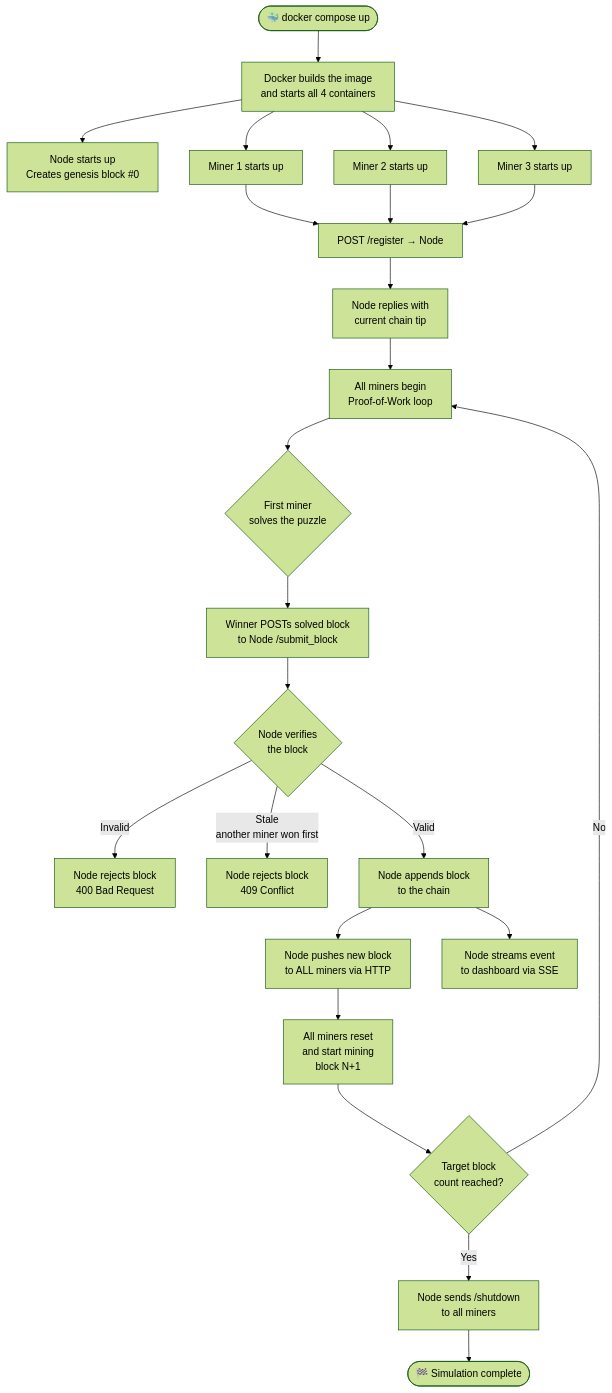
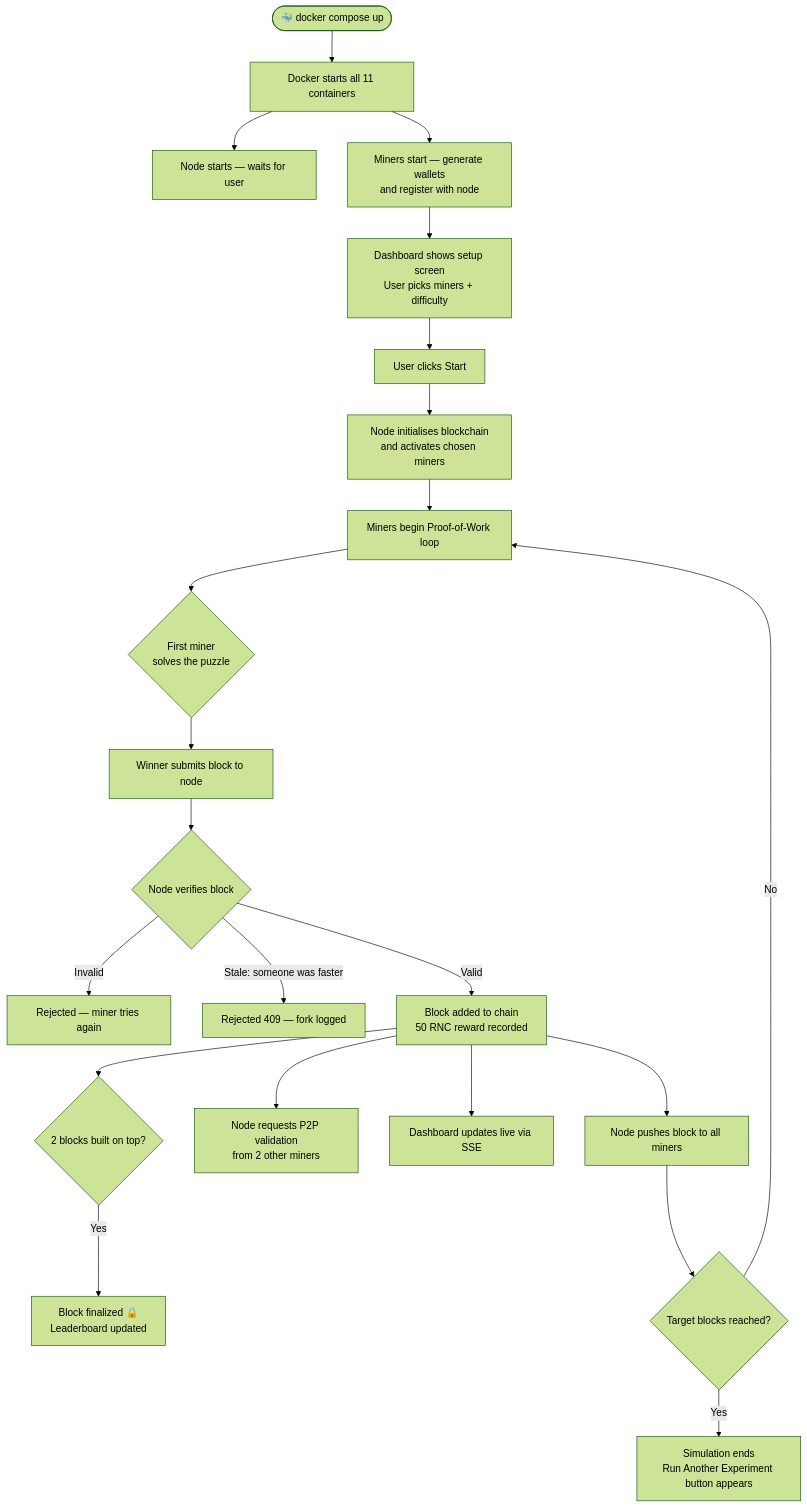
Before and after one commit to rennvalo/cryptosimulation: the first of 3 diagrams in README.md, drawn with Mermaid (forest theme). The commit also changed other lines of this file and 9 other files, not shown here.

Commit message:
Add RennCoin features: wallets, transactions, mempool, forks, finality, P2P validation, leaderboard, reset; fix ports to 8183-8192; update README with analogies

````diff
--- a/README.md
+++ b/README.md
@@ -144,36 +202,30 @@
 ```mermaid
 flowchart TD
-    A([🐳 docker compose up]) --> B[Docker builds the image\nand starts all 4 containers]
-    B --> C[Node starts up\nCreates genesis block #0]
-    B --> D[Miner 1 starts up]
-    B --> E[Miner 2 starts up]
-    B --> F[Miner 3 starts up]
+    A([🐳 docker compose up]) --> B[Docker starts all 11 containers]
+    B --> C[Node starts — waits for user]
+    B --> D[Miners start — generate wallets\nand register with node]
 
-    D --> G[POST /register → Node]
-    E --> G
-    F --> G
+    D --> E[Dashboard shows setup screen\nUser picks miners + difficulty]
+    E --> F[User clicks Start]
 
-    G --> H[Node replies with\ncurrent chain tip]
+    F --> G[Node initialises blockchain\nand activates chosen miners]
+    G --> H[Miners begin Proof-of-Work loop]
 
-    H --> I[All miners begin\nProof-of-Work loop]
+    H --> I{First miner\nsolves the puzzle}
+    I --> J[Winner submits block to node]
 
-    I --> J{First miner\nsolves the puzzle}
+    J --> K{Node verifies block}
+    K -- Invalid --> L[Rejected — miner tries again]
+    K -- Stale: someone was faster --> M[Rejected 409 — fork logged]
+    K -- Valid --> N[Block added to chain\n50 RNC reward recorded]
 
-    J --> K[Winner POSTs solved block\nto Node /submit_block]
+    N --> O[Node pushes block to all miners]
+    N --> P[Node requests P2P validation\nfrom 2 other miners]
+    N --> Q[Dashboard updates live via SSE]
+    N --> R{2 blocks built on top?}
+    R -- Yes --> S[Block finalized 🔒\nLeaderboard updated]
 
-    K --> L{Node verifies\nthe block}
-
-    L -- Invalid --> M[Node rejects block\n400 Bad Request]
-    L -- Stale\nanother miner won first --> N[Node rejects block\n409 Conflict]
-    L -- Valid --> O[Node appends block\nto the chain]
-
-    O --> P[Node pushes new block\nto ALL miners via HTTP]
-    O --> Q[Node streams event\nto dashboard via SSE]
-
-    P --> R[All miners reset\nand start mining\nblock N+1]
-
-    R --> S{Target block\ncount reached?}
-    S -- No --> I
-    S -- Yes --> T[Node sends /shutdown\nto all miners]
-    T --> U([🏁 Simulation complete])
+    O --> T{Target blocks reached?}
+    T -- No --> H
+    T -- Yes --> U[Simulation ends\nRun Another Experiment button appears]
 ```
````
